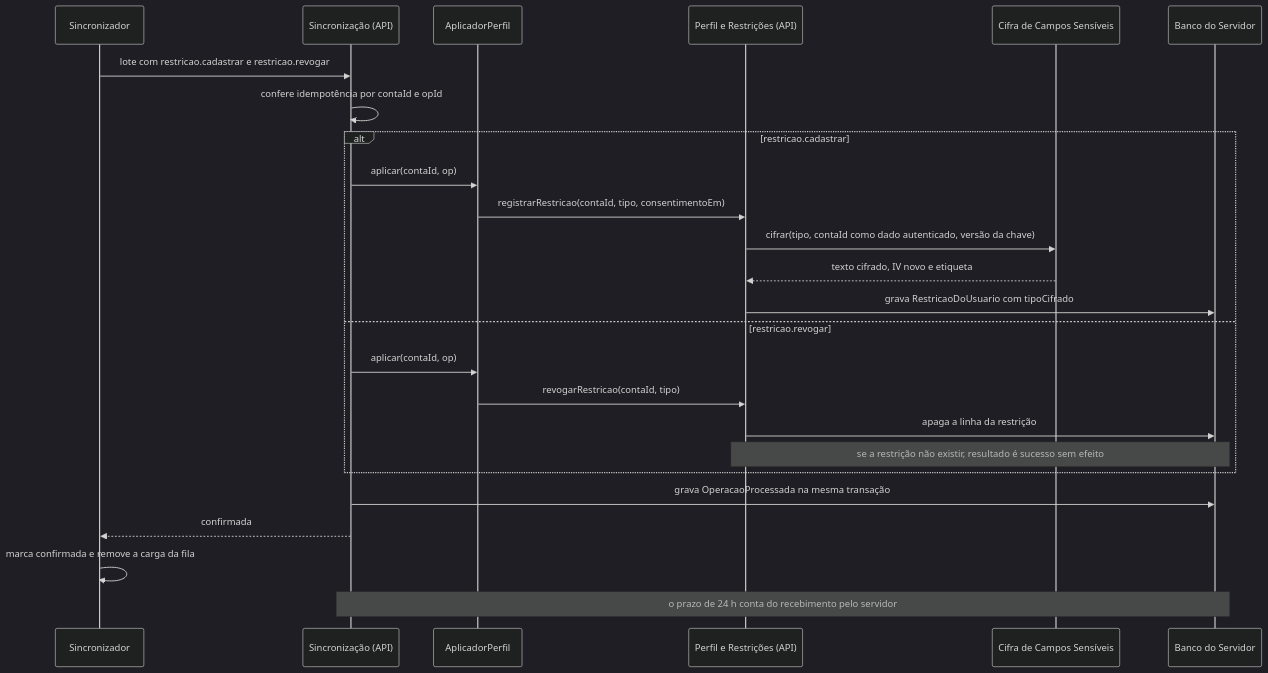
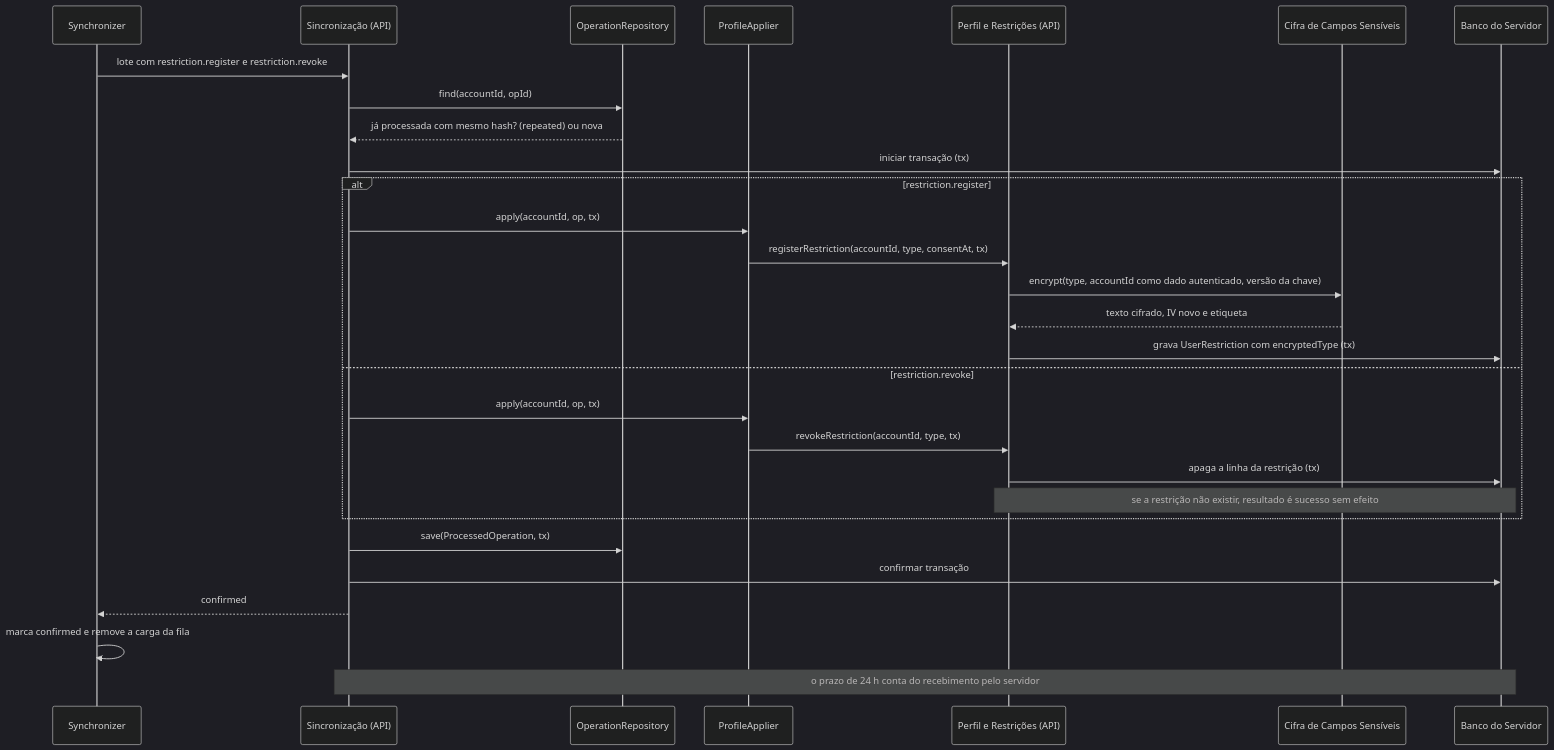
Before and after one commit to AnnyFilgueiras/projeto_tsi: the second of 2 diagrams in docs/fase2/2.6-diagramas_fluxos_contratos/sequencia-uc08.md, drawn with Mermaid (dark theme). The commit also changed other lines of this file and 4 other files, not shown here.

Commit message:
docs: update class diagram and sequences to v1.1 (English identifiers, Tx)

````diff
--- a/docs/fase2/2.6-diagramas_fluxos_contratos/sequencia-uc08.md
+++ b/docs/fase2/2.6-diagramas_fluxos_contratos/sequencia-uc08.md
@@ -56,28 +58,32 @@
 ```mermaid
 sequenceDiagram
-  participant SY as Sincronizador
+  participant SY as Synchronizer
   participant SS as Sincronização (API)
-  participant AP as AplicadorPerfil
+  participant RO as OperationRepository
+  participant AP as ProfileApplier
   participant PE as Perfil e Restrições (API)
   participant CF as Cifra de Campos Sensíveis
   participant DB as Banco do Servidor
 
-  SY->>SS: lote com restricao.cadastrar e restricao.revogar
-  SS->>SS: confere idempotência por contaId e opId
-  alt restricao.cadastrar
-    SS->>AP: aplicar(contaId, op)
-    AP->>PE: registrarRestricao(contaId, tipo, consentimentoEm)
-    PE->>CF: cifrar(tipo, contaId como dado autenticado, versão da chave)
+  SY->>SS: lote com restriction.register e restriction.revoke
+  SS->>RO: find(accountId, opId)
+  RO-->>SS: já processada com mesmo hash? (repeated) ou nova
+  SS->>DB: iniciar transação (tx)
+  alt restriction.register
+    SS->>AP: apply(accountId, op, tx)
+    AP->>PE: registerRestriction(accountId, type, consentAt, tx)
+    PE->>CF: encrypt(type, accountId como dado autenticado, versão da chave)
     CF-->>PE: texto cifrado, IV novo e etiqueta
-    PE->>DB: grava RestricaoDoUsuario com tipoCifrado
-  else restricao.revogar
-    SS->>AP: aplicar(contaId, op)
-    AP->>PE: revogarRestricao(contaId, tipo)
-    PE->>DB: apaga a linha da restrição
+    PE->>DB: grava UserRestriction com encryptedType (tx)
+  else restriction.revoke
+    SS->>AP: apply(accountId, op, tx)
+    AP->>PE: revokeRestriction(accountId, type, tx)
+    PE->>DB: apaga a linha da restrição (tx)
     Note over PE,DB: se a restrição não existir, resultado é sucesso sem efeito
   end
-  SS->>DB: grava OperacaoProcessada na mesma transação
-  SS-->>SY: confirmada
-  SY->>SY: marca confirmada e remove a carga da fila
+  SS->>RO: save(ProcessedOperation, tx)
+  SS->>DB: confirmar transação
+  SS-->>SY: confirmed
+  SY->>SY: marca confirmed e remove a carga da fila
   Note over SS,DB: o prazo de 24 h conta do recebimento pelo servidor
 ```
````
